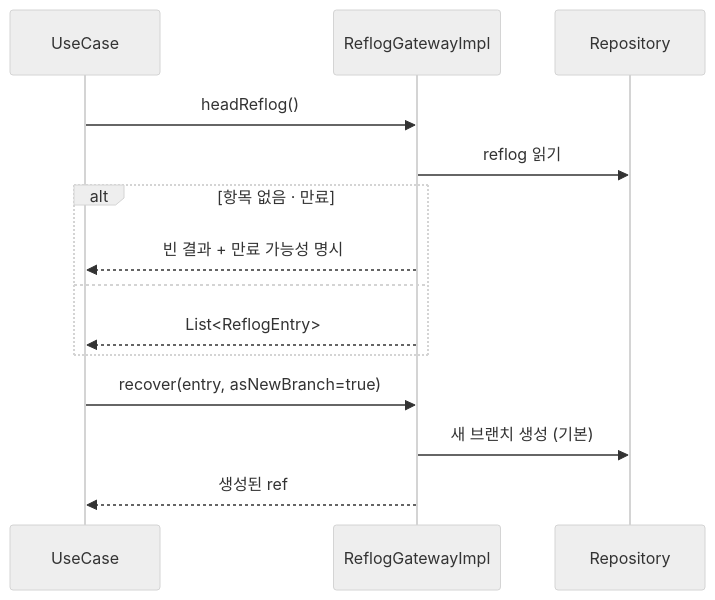
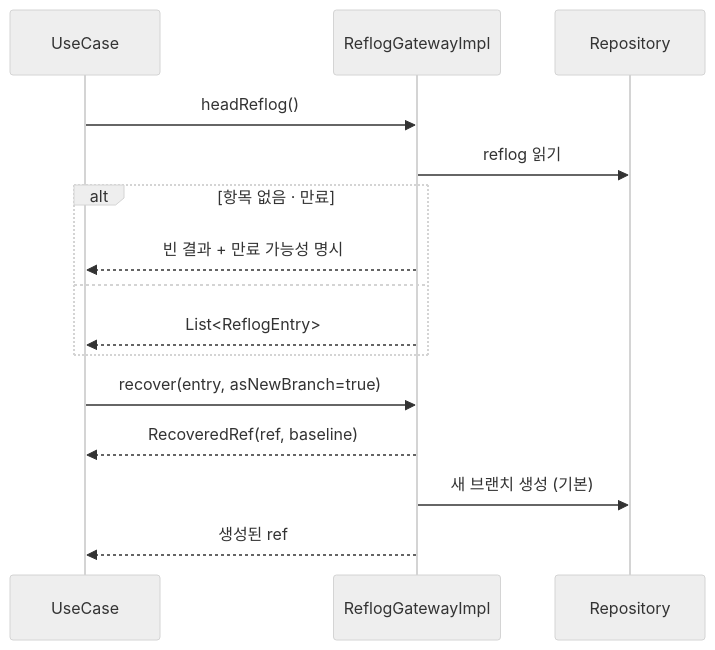
One commit to biuea3866/gitkraken-clone-app changed the first of 2 diagrams in tickets/UND-30-reflog-recovery.md. Above: the diagram before and after it, drawn with Mermaid (neutral theme). The commit also changed 34 other files, not shown here.

````diff
--- a/tickets/UND-30-reflog-recovery.md
+++ b/tickets/UND-30-reflog-recovery.md
@@ -26,16 +26,17 @@
 ```mermaid
 sequenceDiagram
     participant UC as UseCase
     participant GW as ReflogGatewayImpl
     participant Repo as Repository
     UC->>GW: headReflog()
     GW->>Repo: reflog 읽기
     alt 항목 없음 · 만료
         GW-->>UC: 빈 결과 + 만료 가능성 명시
     else
         GW-->>UC: List<ReflogEntry>
     end
     UC->>GW: recover(entry, asNewBranch=true)
+    GW-->>UC: RecoveredRef(ref, baseline)
     GW->>Repo: 새 브랜치 생성 (기본)
     GW-->>UC: 생성된 ref
 ```
````
